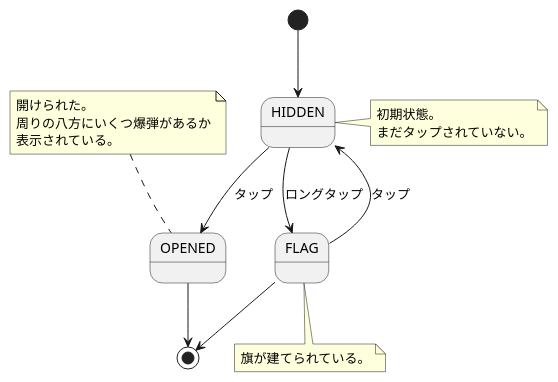
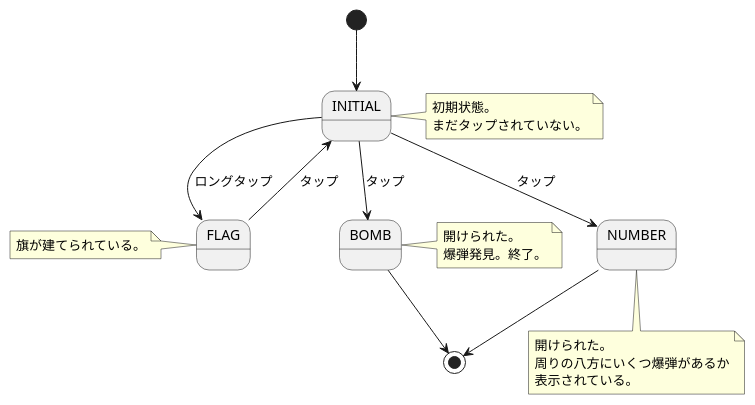
One commit to m-m-aeda/superCoolMineSweeper changed the diagram in Document/Diagram/マスの状態遷移.pu. Above: the diagram before and after it, drawn with PlantUML. The commit also changed 1 other file, not shown here.

```diff
--- a/Document/Diagram/マスの状態遷移.pu
+++ b/Document/Diagram/マスの状態遷移.pu
@@ -1,20 +1,25 @@
 @startuml
-[*] --> HIDDEN
-HIDDEN --> FLAG : ロングタップ
-FLAG --> HIDDEN : タップ
-HIDDEN --> OPENED : タップ
-FLAG --> [*]
-OPENED --> [*]
-note right of HIDDEN
+[*] --> INITIAL
+INITIAL --> FLAG : ロングタップ
+INITIAL --> NUMBER : タップ
+INITIAL --> BOMB : タップ
+FLAG --> INITIAL : タップ
+NUMBER --> [*]
+BOMB --> [*]
+note right of INITIAL
 初期状態。
 まだタップされていない。
 end note
-note bottom of FLAG
+note left of FLAG
 旗が建てられている。
 end note
-note top of OPENED
+note bottom of NUMBER
 開けられた。
 周りの八方にいくつ爆弾があるか
 表示されている。
 end note
+note right of BOMB
+開けられた。
+爆弾発見。終了。
+end note
 @enduml
```
